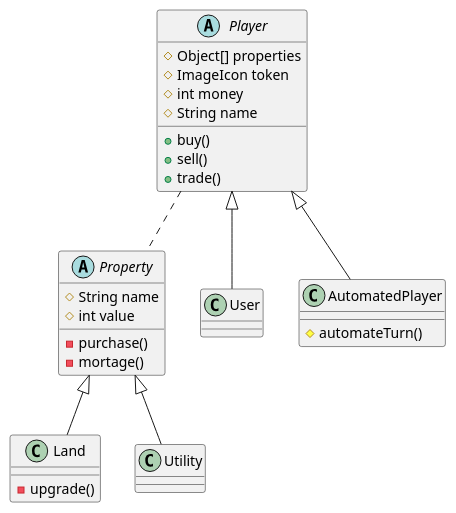
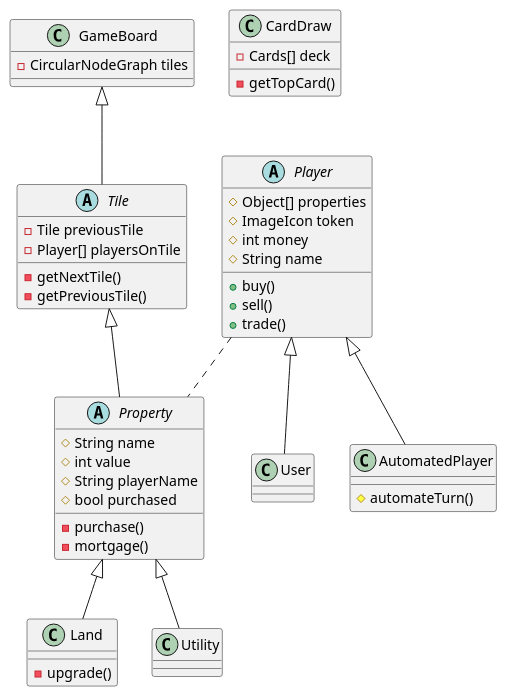
Before and after one commit to PopeMain/PropertyNMoney: the diagram in docs/Player.puml, drawn with PlantUML. The commit also changed 3 other files, not shown here.

Commit message:
Adding basic classes for the game board and player classes. Also updating the UML doc for the classes and sub classes.

```diff
--- a/docs/Player.puml
+++ b/docs/Player.puml
@@ -1,47 +1,69 @@
 @startuml
 'https://plantuml.com/class-diagram
 
+class GameBoard
+abstract class Tile
 abstract class Player
 abstract class Property
+class CardDraw
 class User
 class AutomatedPlayer
 class Land
 class Utility
 
 Player <|-- User
 Player <|-- AutomatedPlayer
 Player .. Property
 Property <|-- Land
 Property <|-- Utility
 
+GameBoard <|-- Tile
+Tile <|-- Property
+
+class GameBoard{
+-CircularNodeGraph tiles
+}
+
+abstract class Tile{
+-Tile previousTile
+-Player[] playersOnTile
+-getNextTile()
+-getPreviousTile()
+}
+class CardDraw{
+-Cards[] deck
+-getTopCard()
+}
 abstract class Player {
 #Object[] properties
 #ImageIcon token
 #int money
 #String name
 +buy()
 +sell()
 +trade()
 }
 
 abstract class Property {
 #String name
 #int value
+#String playerName
+#bool purchased
 -purchase()
--mortage()
+-mortgage()
 }
 
 class User {
 }
 
 class AutomatedPlayer {
 #automateTurn()
 }
 
 class Land{
 -upgrade()
 }
 
 class Utility{
 }
 @enduml
```
